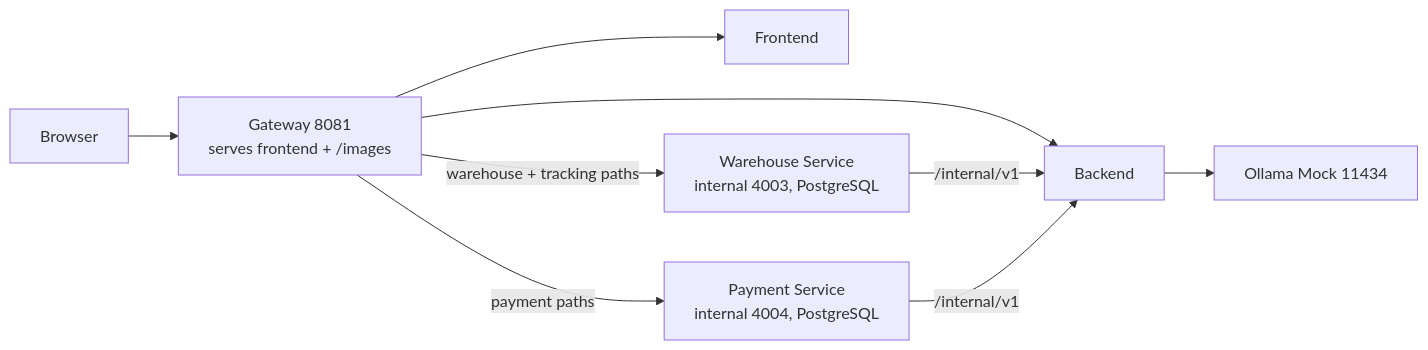
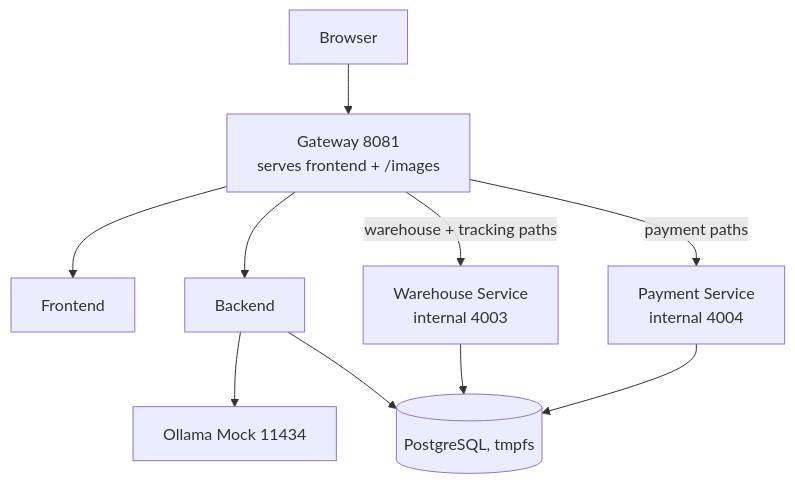
Before and after one commit to slawekradzyminski/awesome-localstack: the first of 5 diagrams in docs/PROFILE_URLS.md, drawn with Mermaid. The commit also changed other lines of this file and 19 other files, not shown here.

First line of the commit message:
Review every wiki diagram by eye and redraw the unclear ones

````diff
--- a/docs/PROFILE_URLS.md
+++ b/docs/PROFILE_URLS.md
@@ -44,11 +47,12 @@
 ```mermaid
-flowchart LR
+flowchart TB
     U[Browser] --> G[Gateway 8081<br/>serves frontend + /images]
     G --> F[Frontend]
     G --> B[Backend]
-    G -->|warehouse + tracking paths| W[Warehouse Service<br/>internal 4003, PostgreSQL]
-    G -->|payment paths| PS[Payment Service<br/>internal 4004, PostgreSQL]
-    W -->|/internal/v1| B
-    PS -->|/internal/v1| B
+    G -->|warehouse + tracking paths| W[Warehouse Service<br/>internal 4003]
+    G -->|payment paths| PS[Payment Service<br/>internal 4004]
     B --> O[Ollama Mock 11434]
+    B --> DB[(PostgreSQL, tmpfs)]
+    W --> DB
+    PS --> DB
 ```
````
